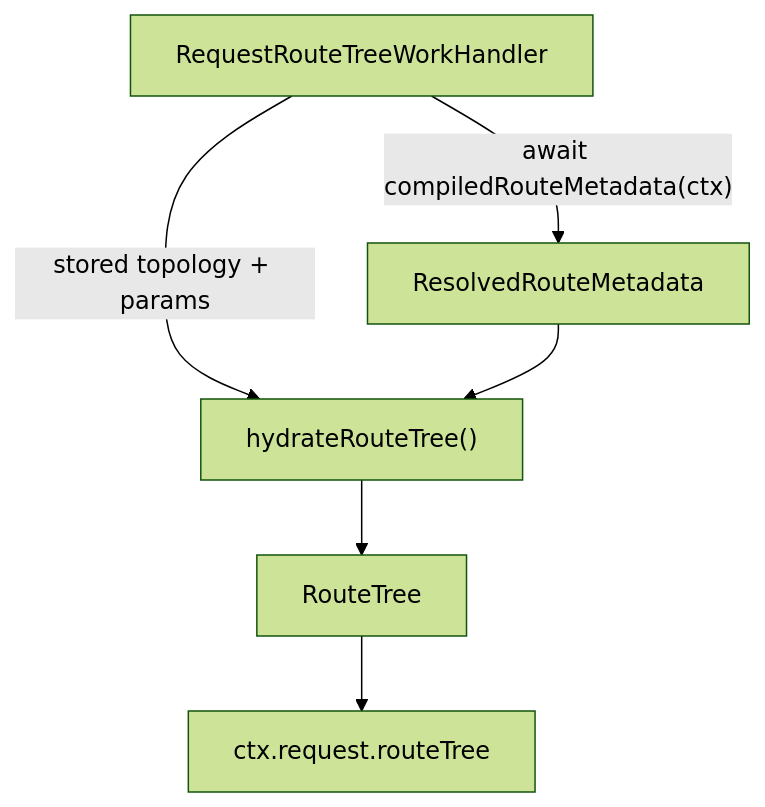
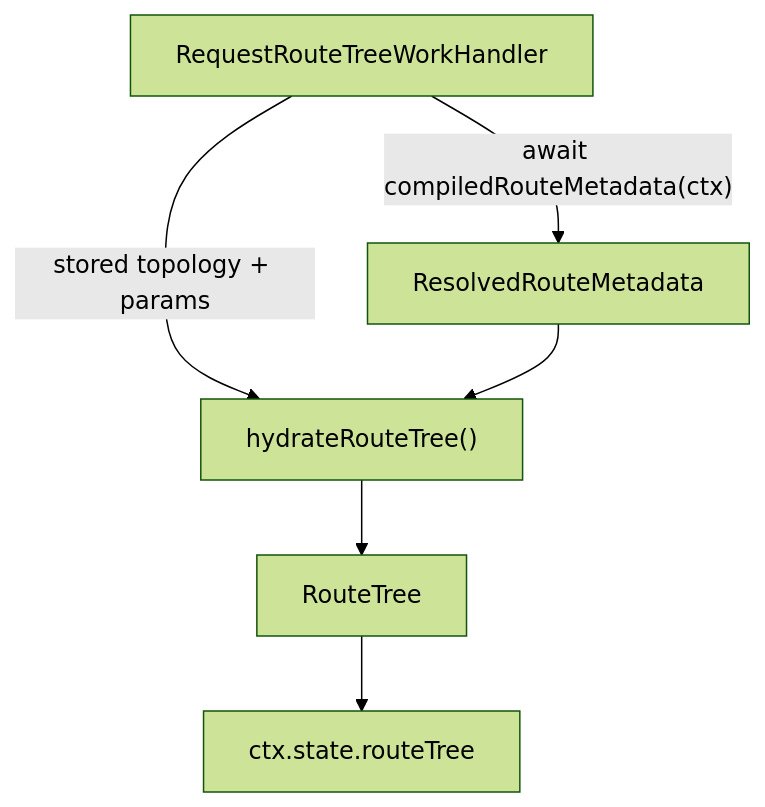
Before and after one commit to ministryofjustice/hmpps-forge: the diagram in packages/forge-core/src/engine/concerns/route/runtime/README.md, drawn with Mermaid (forest theme). The commit also changed other lines of this file and 170 other files, not shown here.

````diff
--- a/packages/forge-core/src/engine/concerns/route/runtime/README.md
+++ b/packages/forge-core/src/engine/concerns/route/runtime/README.md
@@ -48,8 +48,8 @@
 ```mermaid
 flowchart TD
   handler["RequestRouteTreeWorkHandler"] -->|"await compiledRouteMetadata(ctx)"| metadata["ResolvedRouteMetadata"]
   handler -->|"stored topology + params"| hydrate["hydrateRouteTree()"]
   metadata --> hydrate
   hydrate --> tree["RouteTree"]
-  tree --> stash["ctx.request.routeTree"]
+  tree --> stash["ctx.state.routeTree"]
 ```
````
